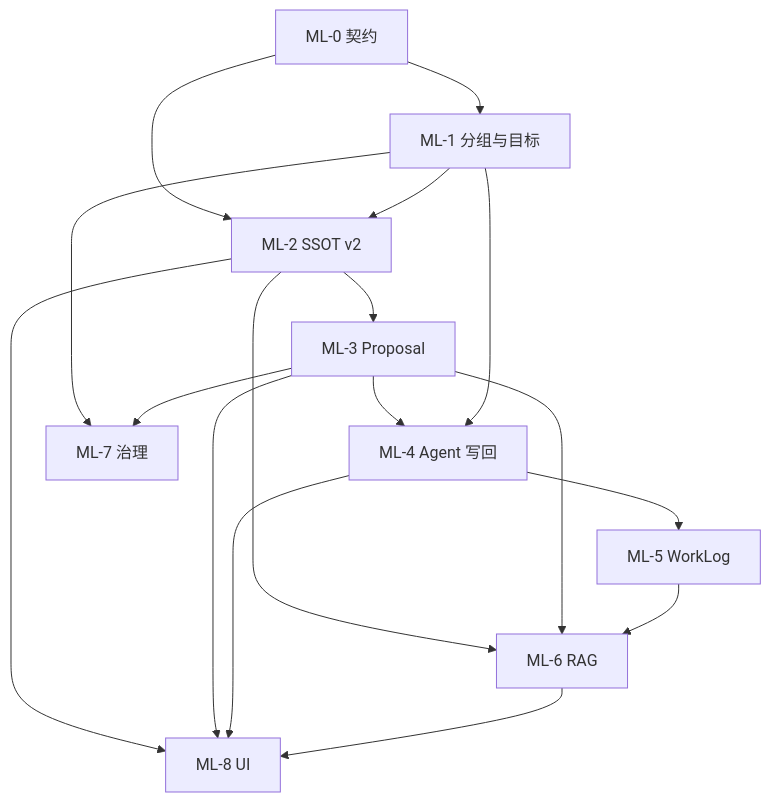
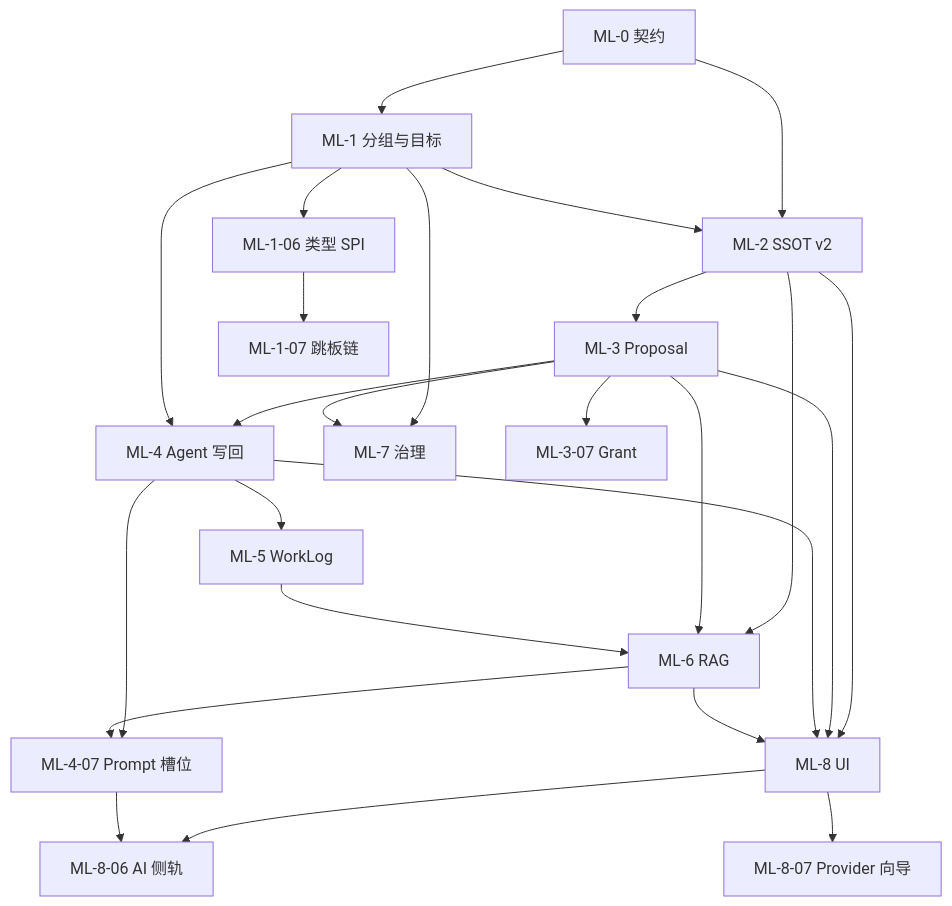
One commit to kamineayaka/CloudOps changed the diagram in docs/mainline-implementation-plan.md. Above: the diagram before and after it, drawn with Mermaid. The commit also changed other lines of this file and 1 other file, not shown here.

````diff
--- a/docs/mainline-implementation-plan.md
+++ b/docs/mainline-implementation-plan.md
@@ -452,19 +534,27 @@
 ```mermaid
 flowchart TD
   ML0[ML-0 契约] --> ML1[ML-1 分组与目标]
   ML0 --> ML2[ML-2 SSOT v2]
   ML1 --> ML2
   ML2 --> ML3[ML-3 Proposal]
   ML3 --> ML4[ML-4 Agent 写回]
   ML1 --> ML4
   ML4 --> ML5[ML-5 WorkLog]
   ML2 --> ML6[ML-6 RAG]
   ML3 --> ML6
   ML5 --> ML6
   ML1 --> ML7[ML-7 治理]
   ML3 --> ML7
   ML2 --> ML8[ML-8 UI]
   ML3 --> ML8
   ML4 --> ML8
   ML6 --> ML8
+  ML1 --> ML106[ML-1-06 类型 SPI]
+  ML106 --> ML107[ML-1-07 跳板链]
+  ML3 --> ML307[ML-3-07 Grant]
+  ML4 --> ML407[ML-4-07 Prompt 槽位]
+  ML6 --> ML407
+  ML8 --> ML806[ML-8-06 AI 侧轨]
+  ML407 --> ML806
+  ML8 --> ML807[ML-8-07 Provider 向导]
 ```
````
